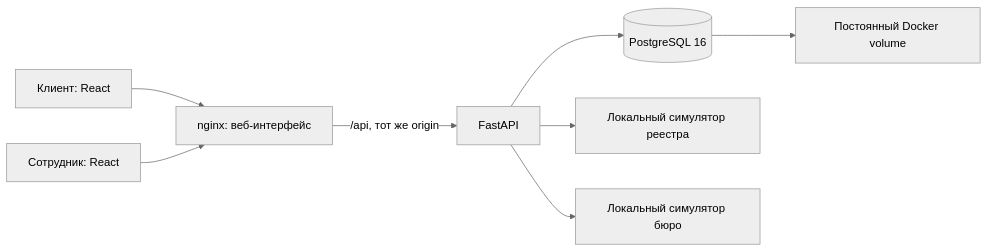
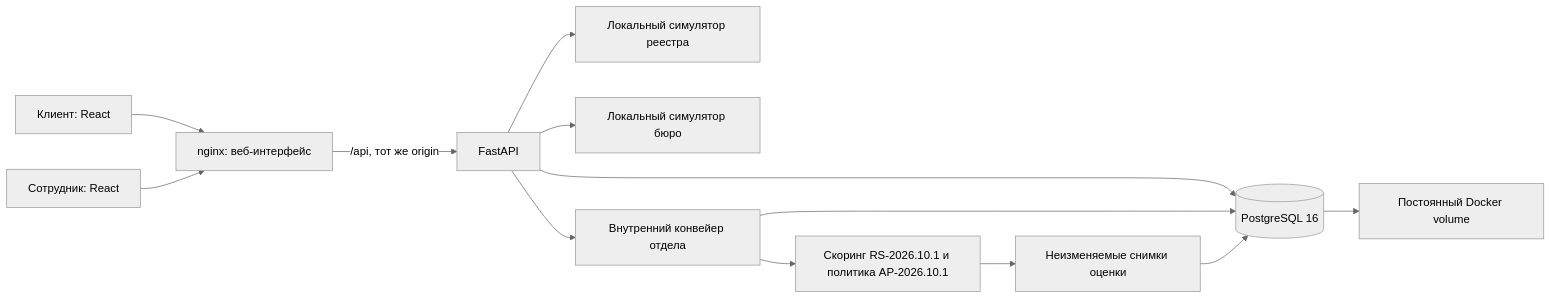
One commit to Amexover/ALFAHACK-VOZDUHTEAM_DELO changed the first of 4 diagrams in docs/ARCHITECTURE.md. Above: the diagram before and after it, drawn with Mermaid (neutral theme). The commit also changed other lines of this file and 61 other files, not shown here.

````diff
--- a/docs/ARCHITECTURE.md
+++ b/docs/ARCHITECTURE.md
@@ -5,10 +5,15 @@
 ```mermaid
 flowchart LR
   Client[Клиент: React] --> Web[nginx: веб-интерфейс]
   Staff[Сотрудник: React] --> Web
   Web -->|/api, тот же origin| API[FastAPI]
   API --> DB[(PostgreSQL 16)]
   API --> Registry[Локальный симулятор реестра]
   API --> Bureau[Локальный симулятор бюро]
+  API --> Department[Внутренний конвейер отдела]
+  Department --> Rules[Скоринг RS-2026.10.1 и политика AP-2026.10.1]
+  Department --> DB
+  Rules --> Snapshots[Неизменяемые снимки оценки]
+  Snapshots --> DB
   DB --> Volume[Постоянный Docker volume]
 ```
````
